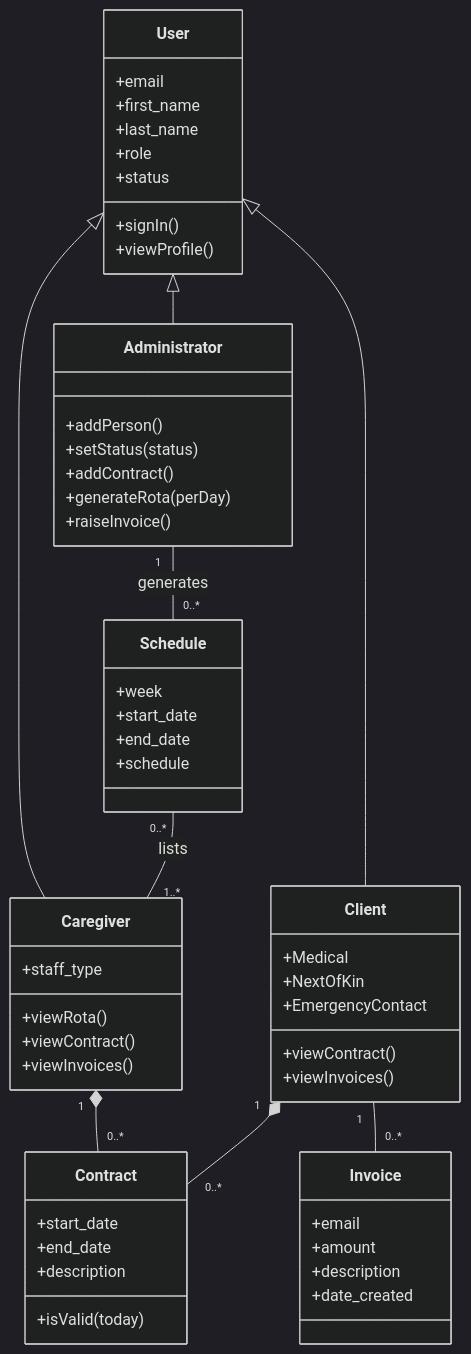
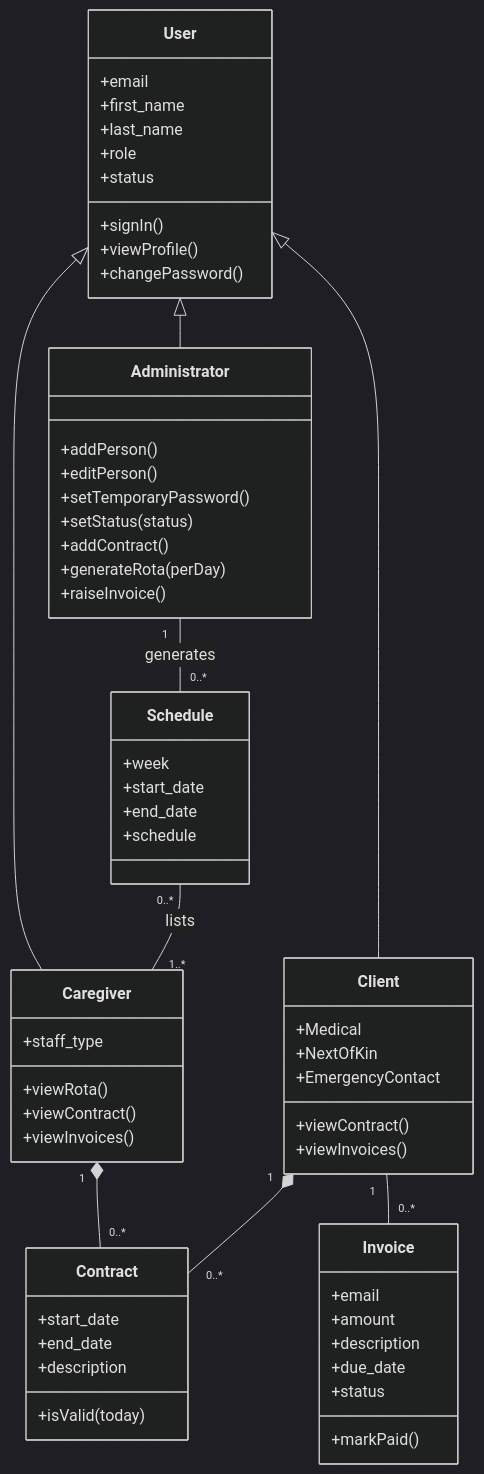
One commit to helena-byte999/ecms changed the third of 3 diagrams in docs/requirements.md. Above: the diagram before and after it, drawn with Mermaid (dark theme). The commit also changed other lines of this file and 25 other files, not shown here.

````diff
--- a/docs/requirements.md
+++ b/docs/requirements.md
@@ -181,58 +184,63 @@
 ```mermaid
 classDiagram
   class User {
     +email
     +first_name
     +last_name
     +role
     +status
     +signIn()
     +viewProfile()
+    +changePassword()
   }
   class Administrator {
     +addPerson()
+    +editPerson()
+    +setTemporaryPassword()
     +setStatus(status)
     +addContract()
     +generateRota(perDay)
     +raiseInvoice()
   }
   class Caregiver {
     +staff_type
     +viewRota()
     +viewContract()
     +viewInvoices()
   }
   class Client {
     +Medical
     +NextOfKin
     +EmergencyContact
     +viewContract()
     +viewInvoices()
   }
   class Contract {
     +start_date
     +end_date
     +description
     +isValid(today)
   }
   class Invoice {
     +email
     +amount
     +description
-    +date_created
+    +due_date
+    +status
+    +markPaid()
   }
   class Schedule {
     +week
     +start_date
     +end_date
     +schedule
   }
   User <|-- Administrator
   User <|-- Caregiver
   User <|-- Client
   Caregiver "1" *-- "0..*" Contract
   Client "1" *-- "0..*" Contract
   Client "1" -- "0..*" Invoice
   Administrator "1" -- "0..*" Schedule : generates
   Schedule "0..*" -- "1..*" Caregiver : lists
 ```
````
